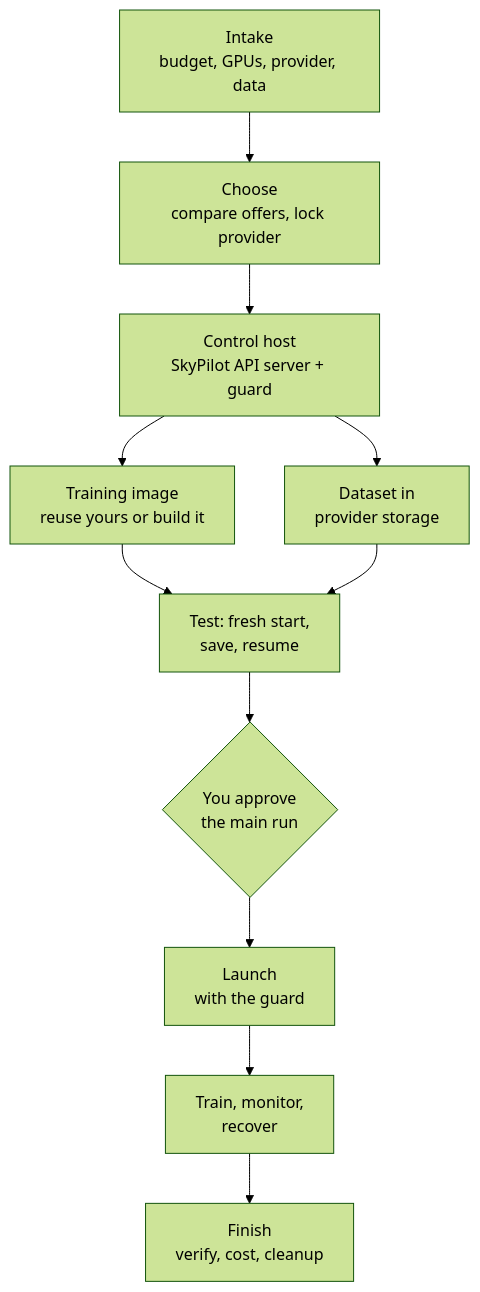
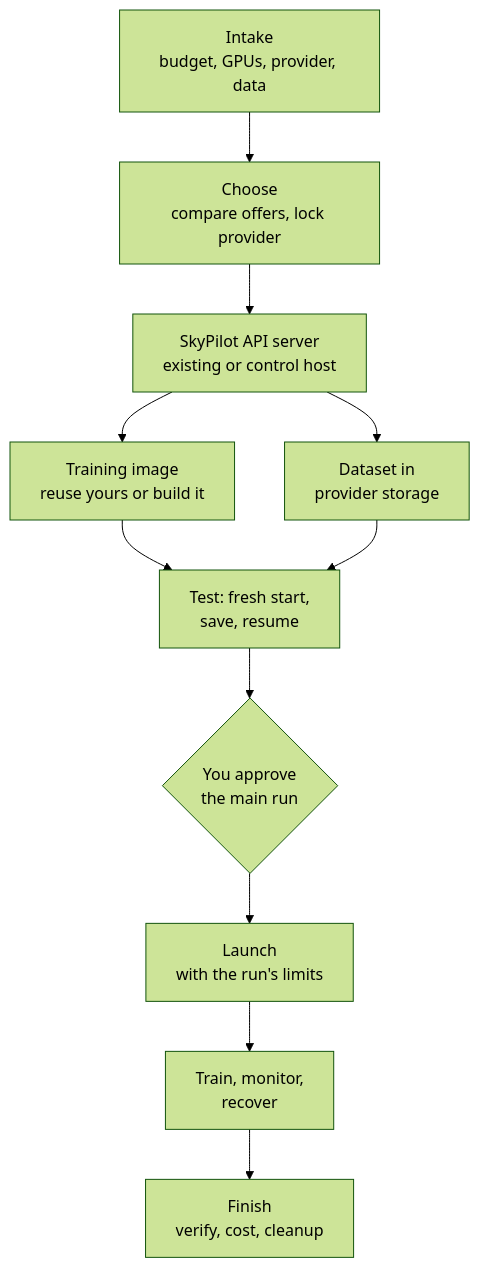
One commit to FrostyAlien/spot-train-agent changed the first of 2 diagrams in README.md. Above: the diagram before and after it, drawn with Mermaid (forest theme). The commit also changed other lines of this file and 13 other files, not shown here.

````diff
--- a/README.md
+++ b/README.md
@@ -100,13 +100,13 @@
 ```mermaid
 flowchart TB
   intake["Intake<br/>budget, GPUs, provider, data"] --> choose["Choose<br/>compare offers, lock provider"]
-  choose --> ctrl["Control host<br/>SkyPilot API server + guard"]
+  choose --> ctrl["SkyPilot API server<br/>existing or control host"]
   ctrl --> image["Training image<br/>reuse yours or build it"]
   ctrl --> data["Dataset in<br/>provider storage"]
   image --> qualify["Test: fresh start,<br/>save, resume"]
   data --> qualify
   qualify --> approve{"You approve<br/>the main run"}
-  approve --> launch["Launch<br/>with the guard"]
+  approve --> launch["Launch<br/>with the run's limits"]
   launch --> loop["Train, monitor,<br/>recover"]
   loop --> finish["Finish<br/>verify, cost, cleanup"]
 ```
````
